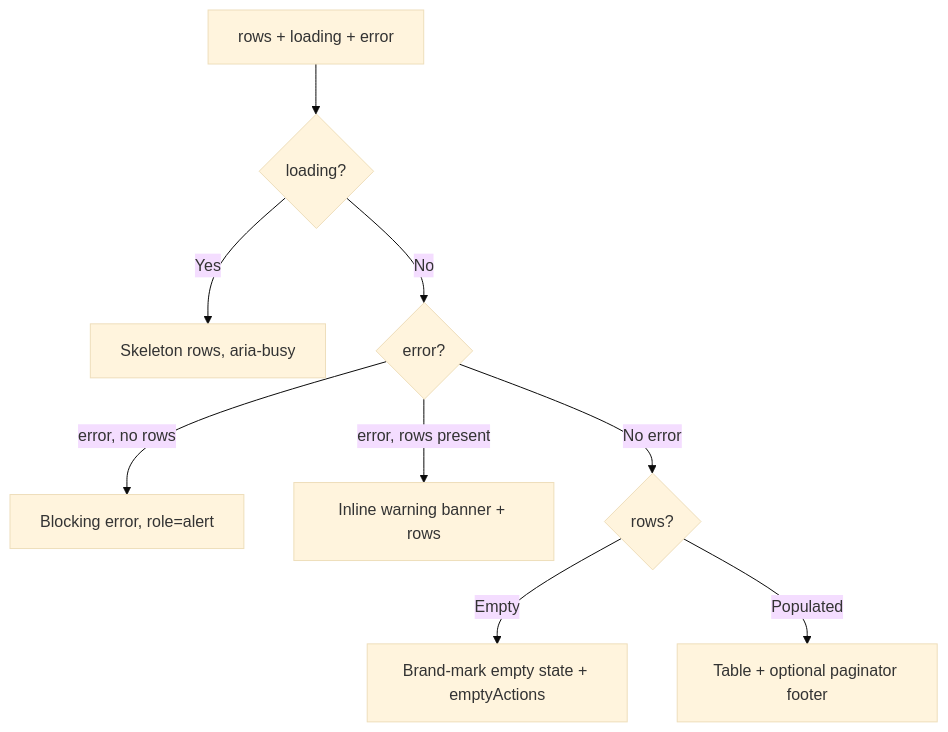
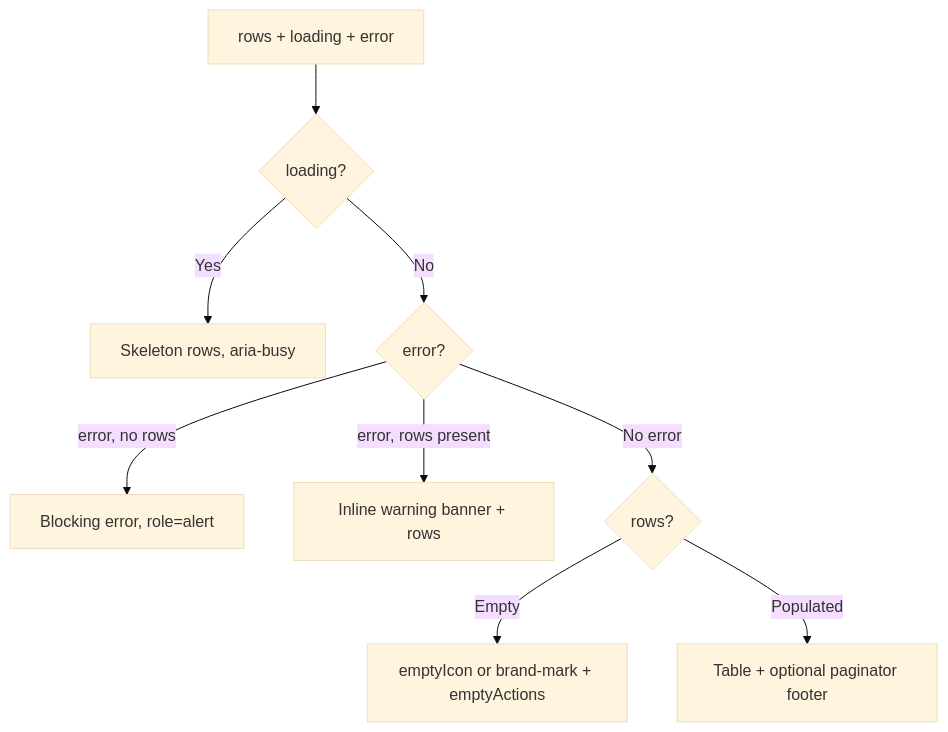
Before and after one commit to johnakisk0700/slopform: the diagram in docs/frontend/components/jts-data-table.md, drawn with Mermaid (base theme). The commit also changed other lines of this file and 5 other files, not shown here.

````diff
--- a/docs/frontend/components/jts-data-table.md
+++ b/docs/frontend/components/jts-data-table.md
@@ -51,11 +52,11 @@
 ```mermaid
 flowchart TD
   In["rows + loading + error"] --> L{"loading?"}
   L -->|Yes| Skel["Skeleton rows, aria-busy"]
   L -->|No| E{"error?"}
   E -->|"error, no rows"| Full["Blocking error, role=alert"]
   E -->|"error, rows present"| Warn["Inline warning banner + rows"]
   E -->|No error| R{"rows?"}
-  R -->|Empty| Empty["Brand-mark empty state + emptyActions"]
+  R -->|Empty| Empty["emptyIcon or brand-mark + emptyActions"]
   R -->|Populated| Table["Table + optional paginator footer"]
 ```
````
